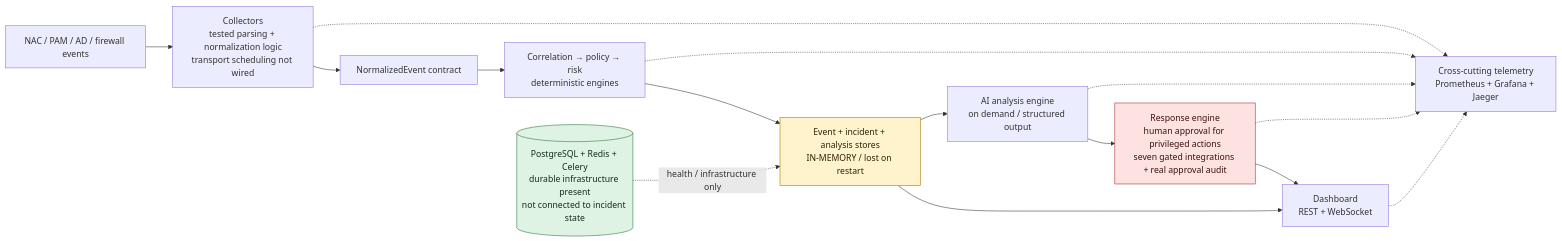
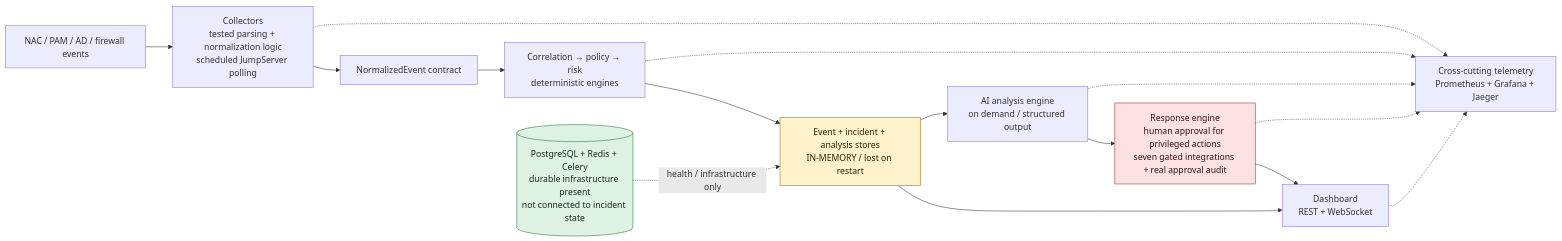
The diagram in README.md (dnzgrkn/WardHound), drawn with Mermaid before and after one commit. The commit also changed other lines of this file and 11 other files, not shown here.

Commit message:
feat: schedule continuous JumpServer polling

````diff
--- a/README.md
+++ b/README.md
@@ -13,30 +13,30 @@
 ```mermaid
 flowchart LR
     Sources["NAC / PAM / AD / firewall events"]
-    Collectors["Collectors<br/>tested parsing + normalization logic<br/>transport scheduling not wired"]
+    Collectors["Collectors<br/>tested parsing + normalization logic<br/>scheduled JumpServer polling"]
     Normalize["NormalizedEvent contract"]
     Engines["Correlation → policy → risk<br/>deterministic engines"]
     Store["Event + incident + analysis stores<br/>IN-MEMORY / lost on restart"]
     AI["AI analysis engine<br/>on demand / structured output"]
     Response["Response engine<br/>human approval for privileged actions<br/>seven gated integrations + real approval audit"]
     Dashboard["Dashboard<br/>REST + WebSocket"]
     Infra[("PostgreSQL + Redis + Celery<br/>durable infrastructure present<br/>not connected to incident state")]
     Telemetry["Cross-cutting telemetry<br/>Prometheus + Grafana + Jaeger"]
 
     Sources --> Collectors --> Normalize --> Engines --> Store
     Store --> AI --> Response --> Dashboard
     Store --> Dashboard
     Infra -. "health / infrastructure only" .-> Store
     Collectors -.-> Telemetry
     Engines -.-> Telemetry
     AI -.-> Telemetry
     Response -.-> Telemetry
     Dashboard -.-> Telemetry
 
     classDef memory fill:#fff3cd,stroke:#a66f00,color:#332200;
     classDef simulated fill:#fde2e2,stroke:#a12828,color:#3b1010;
     classDef durable fill:#dff3e4,stroke:#26733a,color:#102d18;
     class Store memory;
     class Response simulated;
     class Infra durable;
 ```
````
